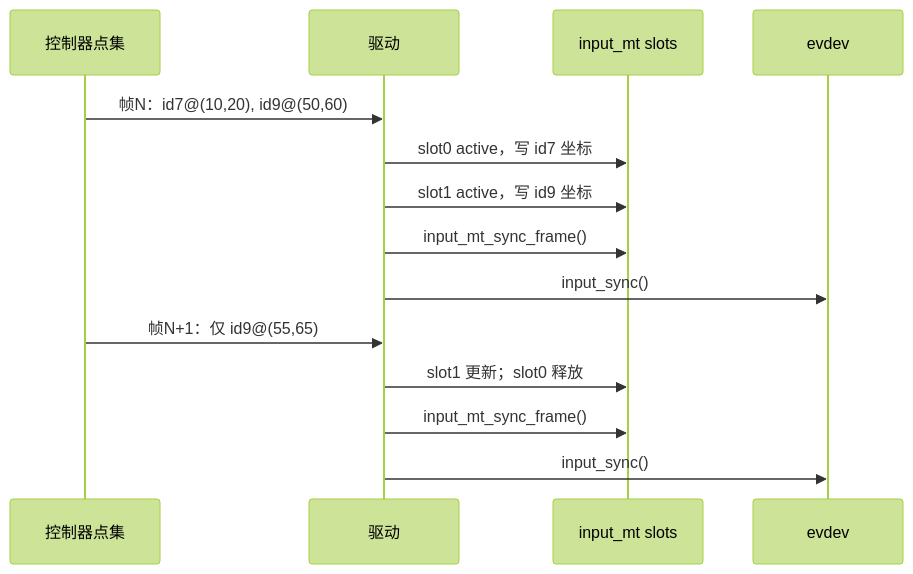
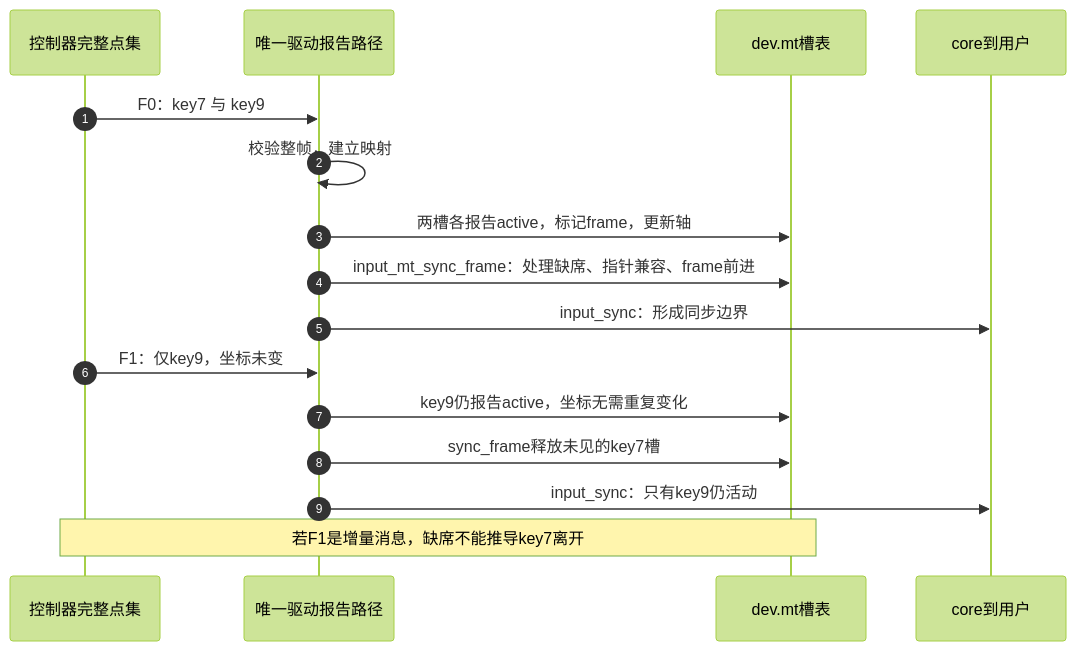
One commit to FormingSystem/linux_note changed the third of 3 diagrams in knowledge/driver_model/input/P04_事件帧与多点触控.md. Above: the diagram before and after it, drawn with Mermaid (forest theme). The commit also changed other lines of this file and 10 other files, not shown here.

````diff
--- a/knowledge/driver_model/input/P04_事件帧与多点触控.md
+++ b/knowledge/driver_model/input/P04_事件帧与多点触控.md
@@ -52,16 +175,18 @@
 ```mermaid
 sequenceDiagram
-    participant H as 控制器点集
-    participant D as 驱动
-    participant M as input_mt slots
-    participant E as evdev
-    H->>D: 帧N：id7@(10,20), id9@(50,60)
-    D->>M: slot0 active，写 id7 坐标
-    D->>M: slot1 active，写 id9 坐标
-    D->>M: input_mt_sync_frame()
-    D->>E: input_sync()
-    H->>D: 帧N+1：仅 id9@(55,65)
-    D->>M: slot1 更新；slot0 释放
-    D->>M: input_mt_sync_frame()
-    D->>E: input_sync()
+    autonumber
+    participant H as 控制器完整点集
+    participant D as 唯一驱动报告路径
+    participant M as dev.mt槽表
+    participant U as core到用户
+    H->>D: F0：key7 与 key9
+    D->>D: 校验整帧，建立映射
+    D->>M: 两槽各报告active，标记frame，更新轴
+    D->>M: input_mt_sync_frame：处理缺席、指针兼容、frame前进
+    D->>U: input_sync：形成同步边界
+    H->>D: F1：仅key9，坐标未变
+    D->>M: key9仍报告active，坐标无需重复变化
+    D->>M: sync_frame释放未见的key7槽
+    D->>U: input_sync：只有key9仍活动
+    Note over H,M: 若F1是增量消息，缺席不能推导key7离开
 ```
````
